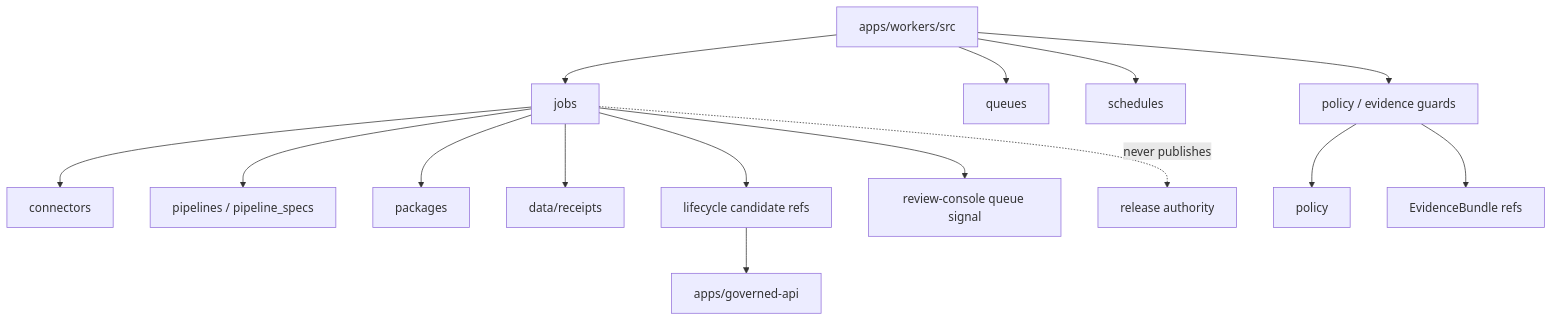
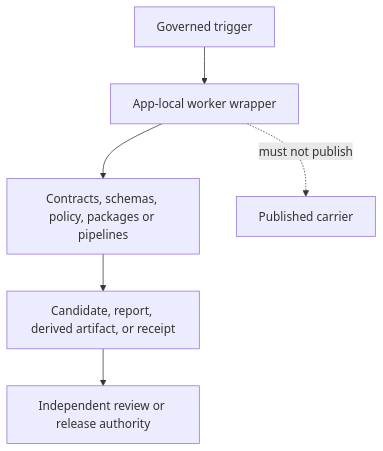
The diagram in apps/workers/src/README.md (bartytime4life/Kansas-Frontier-Matrix), drawn with Mermaid before and after one commit. The commit also changed other lines of this file, not shown here.

Commit message:
docs(workers): modernize source boundary README

````diff
--- a/apps/workers/src/README.md
+++ b/apps/workers/src/README.md
@@ -205,17 +284,8 @@
 ```mermaid
 flowchart TD
-    src["apps/workers/src"] --> jobs["jobs"]
-    src --> queues["queues"]
-    src --> schedules["schedules"]
-    src --> guards["policy / evidence guards"]
-    jobs --> connectors["connectors"]
-    jobs --> pipelines["pipelines / pipeline_specs"]
-    jobs --> packages["packages"]
-    guards --> policy["policy"]
-    guards --> evidence["EvidenceBundle refs"]
-    jobs --> receipts["data/receipts"]
-    jobs --> candidates["lifecycle candidate refs"]
-    jobs --> review["review-console queue signal"]
-    candidates --> governed["apps/governed-api"]
-    jobs -. "never publishes" .-> release["release authority"]
+    trigger["Governed trigger"] --> wrapper["App-local worker wrapper"]
+    wrapper --> dependencies["Contracts, schemas, policy, packages or pipelines"]
+    dependencies --> output["Candidate, report, derived artifact, or receipt"]
+    output --> decision["Independent review or release authority"]
+    wrapper -. "must not publish" .-> published["Published carrier"]
 ```
````
